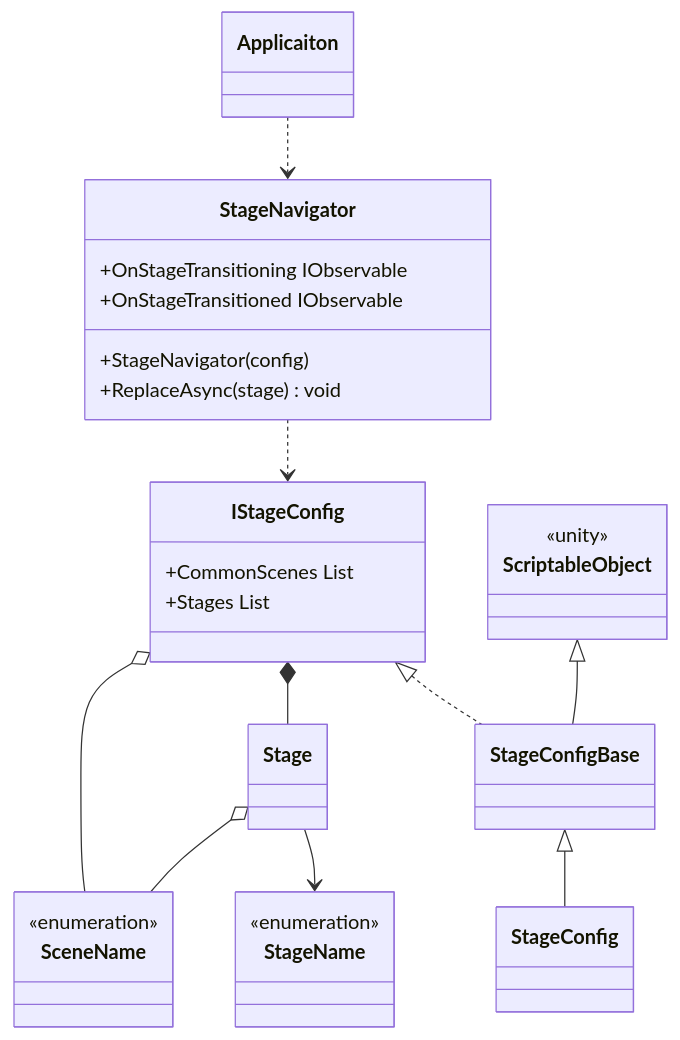
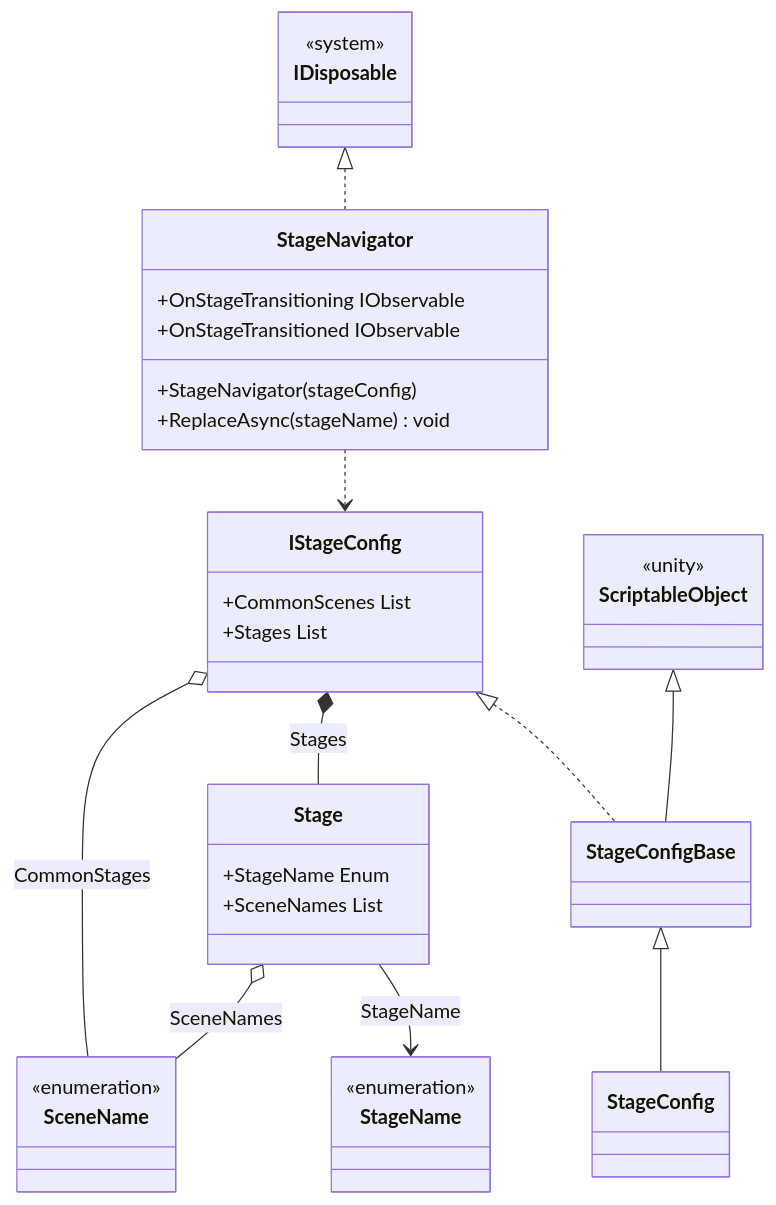
Before and after one commit to extreal-dev/Extreal.Guide: the diagram in docs/core/stage-navigation.md, drawn with Mermaid. The commit also changed other lines of this file and 18 other files, not shown here.

````diff
--- a/docs/core/stage-navigation.md
+++ b/docs/core/stage-navigation.md
@@ -27,50 +27,53 @@
 ```mermaid
 classDiagram
 
-    Applicaiton ..> StageNavigator
     StageNavigator ..> IStageConfig
     IStageConfig <|.. StageConfigBase
     StageConfigBase <|-- StageConfig
     ScriptableObject <|-- StageConfigBase
-    IStageConfig *-- Stage
-    IStageConfig o-- SceneName
-    Stage --> StageName
-    Stage o-- SceneName
-
-    class Applicaiton {
-    }
+    IStageConfig *-- Stage : Stages
+    IStageConfig o-- SceneName : CommonStages
+    Stage --> StageName : StageName
+    Stage o-- SceneName : SceneNames
+    IDisposable　<|.. StageNavigator
 
     class StageName {
         <<enumeration>>
     }
 
     class SceneName {
         <<enumeration>>
     }
 
     class StageConfig {
     }
 
     class StageNavigator {
         +OnStageTransitioning IObservable
         +OnStageTransitioned IObservable
-        +StageNavigator(config)
-        +ReplaceAsync(stage) void
+        +StageNavigator(stageConfig)
+        +ReplaceAsync(stageName) void
     }
 
     class IStageConfig {
         +CommonScenes List
         +Stages List
     }
 
     class StageConfigBase {
         
     }
 
     class ScriptableObject {
         <<unity>>
     }
 
     class Stage {
+        +StageName Enum
+        +SceneNames List
+    }
+
+    class IDisposable {
+        <<system>>
     }
 ```
````
